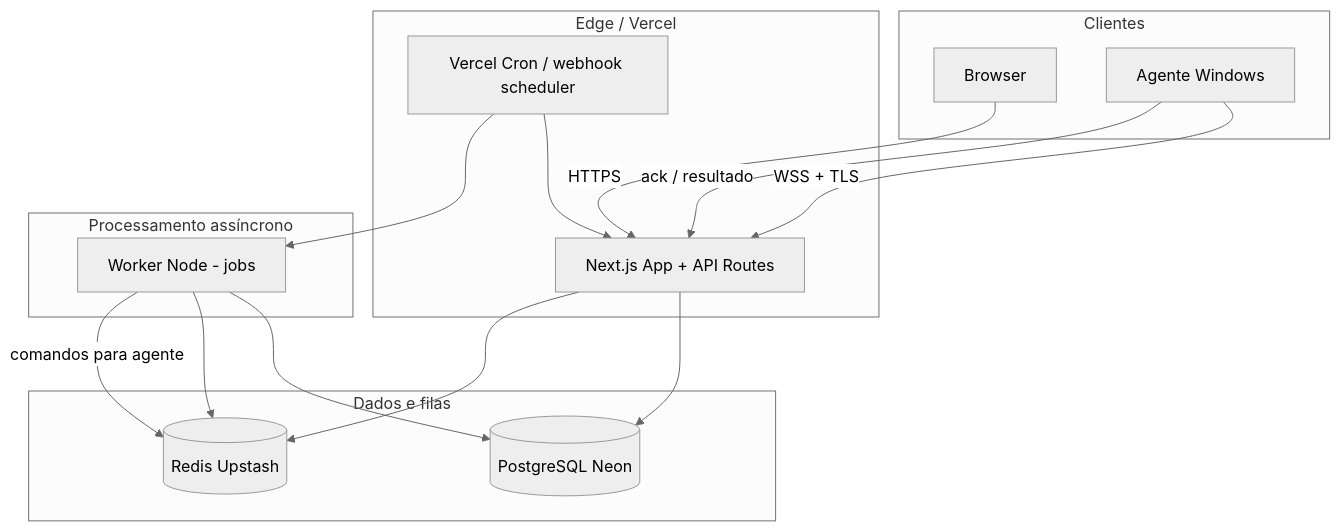
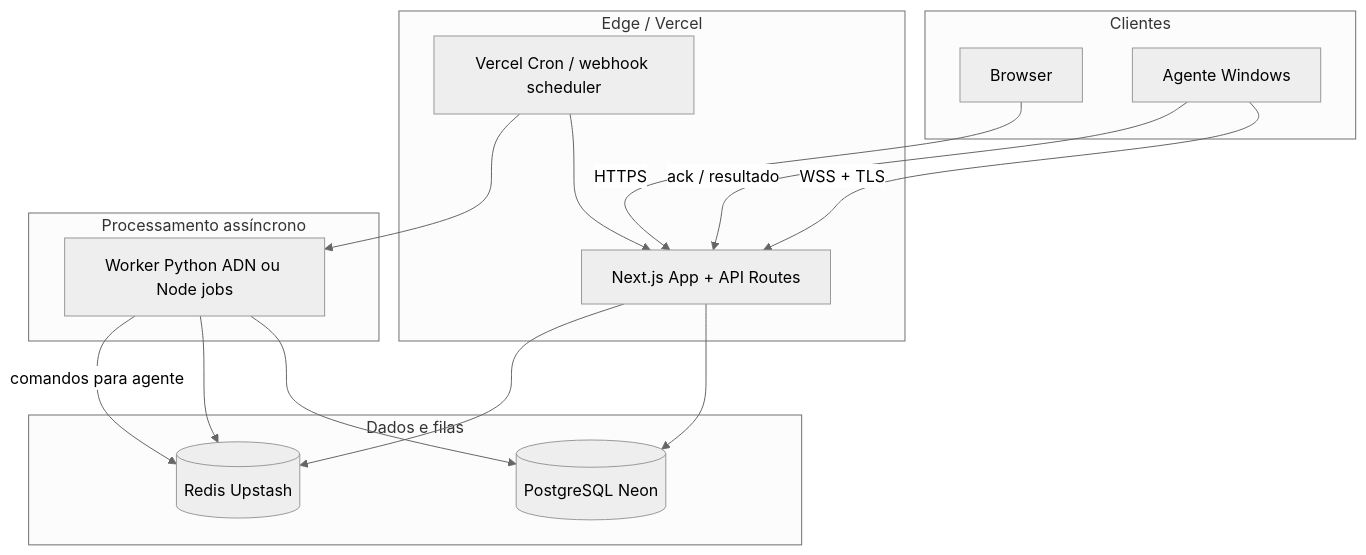
One commit to Leonardo-Richard/Por-enquanto-n-o-fa-o-ideia changed the first of 4 diagrams in docs/architecture.md. Above: the diagram before and after it, drawn with Mermaid (neutral theme). The commit also changed other lines of this file and 17 other files, not shown here.

````diff
--- a/docs/architecture.md
+++ b/docs/architecture.md
@@ -66,32 +66,32 @@
 ```mermaid
 graph TB
   subgraph clients [Clientes]
     U[Browser]
     A[Agente Windows]
   end
 
   subgraph edge [Edge / Vercel]
     WEB[Next.js App + API Routes]
     CRON[Vercel Cron / webhook scheduler]
   end
 
   subgraph data [Dados e filas]
     PG[(PostgreSQL Neon)]
     R[(Redis Upstash)]
   end
 
   subgraph workers [Processamento assíncrono]
-    W[Worker Node - jobs]
+    W[Worker Python ADN ou Node jobs]
   end
 
   U -->|HTTPS| WEB
   WEB --> PG
   WEB --> R
   CRON --> WEB
   CRON --> W
   W --> PG
   W --> R
   A -->|WSS + TLS| WEB
   W -->|comandos para agente| R
   A -->|ack / resultado| WEB
 ```
````
